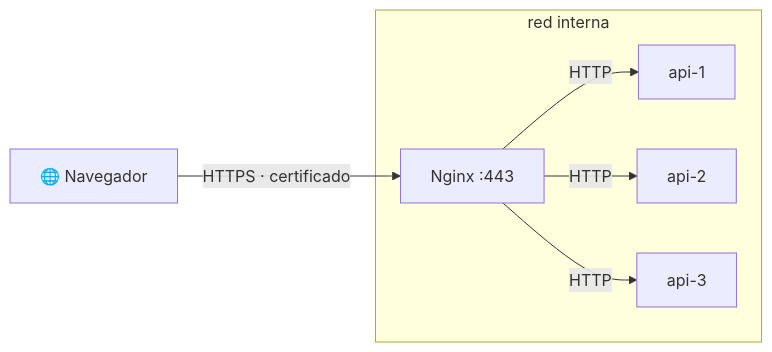
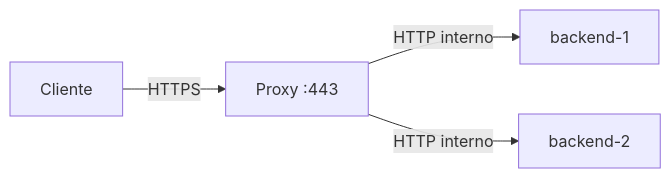
The fifth of 5 diagrams in docs/tema3/seguridad-web-https.md (alejandroroig/despliegue-daw), drawn with Mermaid before and after one commit. The commit also changed other lines of this file and 14 other files, not shown here.

````diff
--- a/docs/tema3/seguridad-web-https.md
+++ b/docs/tema3/seguridad-web-https.md
@@ -124,9 +302,6 @@
 ```mermaid
 flowchart LR
-    N["🌐 Navegador"] -->|"HTTPS · certificado"| P["Nginx :443"]
-    subgraph RED["red interna"]
-        P -->|"HTTP"| A1["api-1"]
-        P -->|"HTTP"| A2["api-2"]
-        P -->|"HTTP"| A3["api-3"]
-    end
+    C["Cliente"] -->|"HTTPS"| P["Proxy :443"]
+    P -->|"HTTP interno"| A1["backend-1"]
+    P -->|"HTTP interno"| A2["backend-2"]
 ```
````
